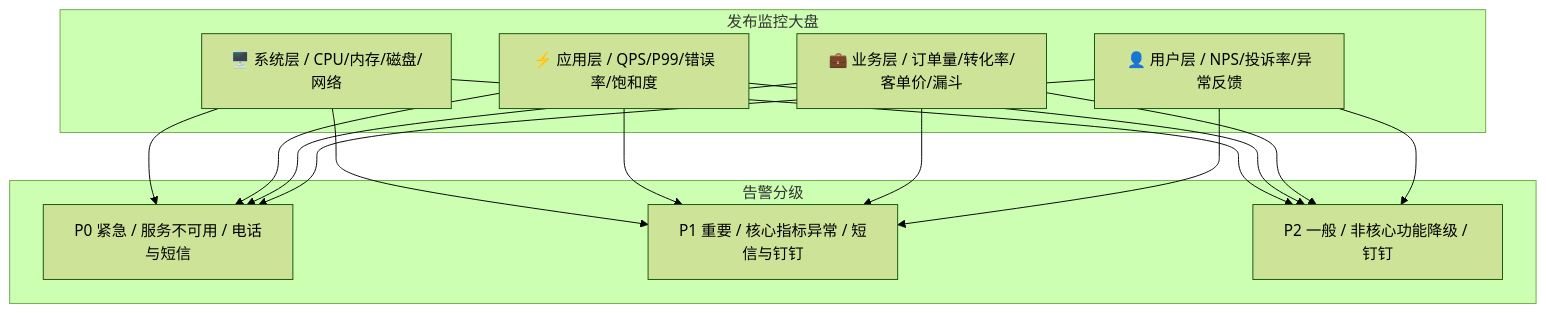
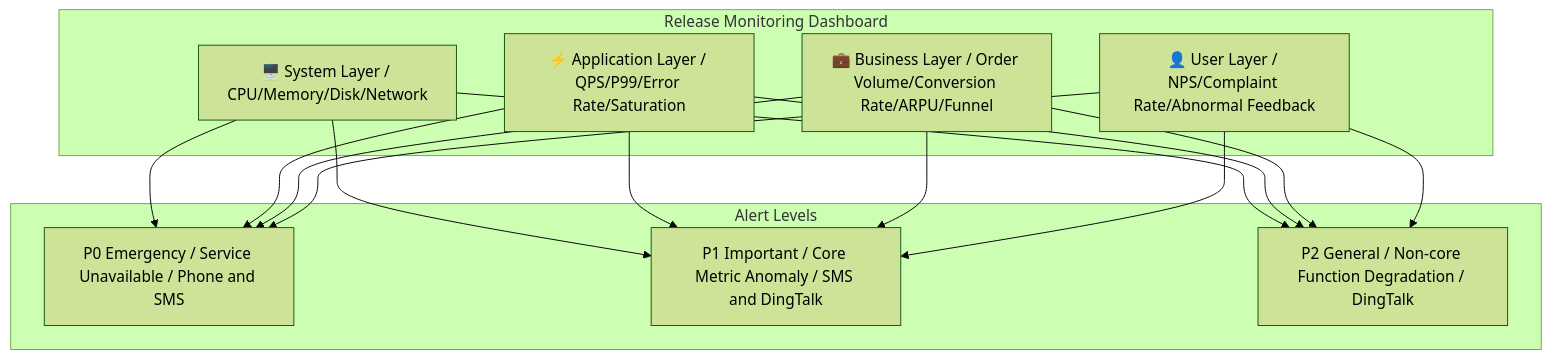
The fifth of 8 diagrams in templates/产品/交付层/【模板】发布计划文档.md (Kirky-X/cangjie), drawn with Mermaid (forest theme) before and after one commit. The commit also changed other lines of this file and 60 other files, not shown here.

````diff
--- a/templates/产品/交付层/【模板】发布计划文档.md
+++ b/templates/产品/交付层/【模板】发布计划文档.md
@@ -395,28 +395,28 @@
 ```mermaid
 graph TB
-    subgraph 发布监控大盘
-        M1[🖥️ 系统层 / CPU/内存/磁盘/网络]
-        M2[⚡ 应用层 / QPS/P99/错误率/饱和度]
-        M3[💼 业务层 / 订单量/转化率/客单价/漏斗]
-        M4[👤 用户层 / NPS/投诉率/异常反馈]
+    subgraph Release Monitoring Dashboard
+        M1[🖥️ System Layer / CPU/Memory/Disk/Network]
+        M2[⚡ Application Layer / QPS/P99/Error Rate/Saturation]
+        M3[💼 Business Layer / Order Volume/Conversion Rate/ARPU/Funnel]
+        M4[👤 User Layer / NPS/Complaint Rate/Abnormal Feedback]
     end
 
-    subgraph 告警分级
-        A1[P0 紧急 / 服务不可用 / 电话与短信]
-        A2[P1 重要 / 核心指标异常 / 短信与钉钉]
-        A3[P2 一般 / 非核心功能降级 / 钉钉]
+    subgraph Alert Levels
+        A1[P0 Emergency / Service Unavailable / Phone and SMS]
+        A2[P1 Important / Core Metric Anomaly / SMS and DingTalk]
+        A3[P2 General / Non-core Function Degradation / DingTalk]
     end
 
     M1 --> A1
     M2 --> A1
     M3 --> A1
     M4 --> A1
     M1 --> A2
     M2 --> A2
     M3 --> A2
     M4 --> A2
     M1 --> A3
     M2 --> A3
     M3 --> A3
     M4 --> A3
 ```
````
